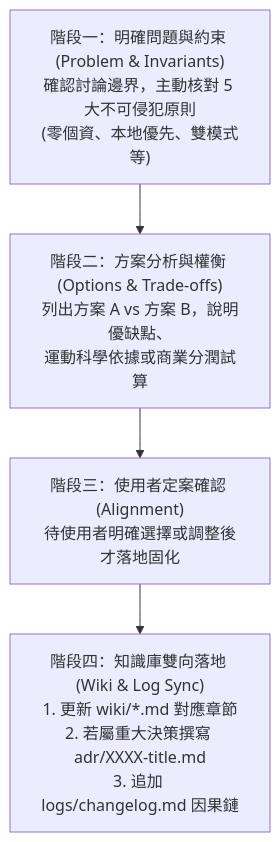
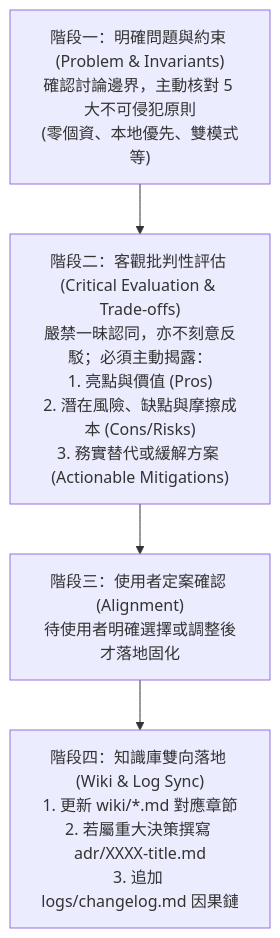
Before and after one commit to yuchienw/Fitmon: the diagram in llm-wiki/ops/collaboration_sop.md, drawn with Mermaid. The commit also changed 3 other files, not shown here.

````diff
--- a/llm-wiki/ops/collaboration_sop.md
+++ b/llm-wiki/ops/collaboration_sop.md
@@ -32,9 +32,9 @@
 ```mermaid
 flowchart TD
     Step1["階段一：明確問題與約束 (Problem & Invariants)\n確認討論邊界，主動核對 5 大不可侵犯原則\n(零個資、本地優先、雙模式等)"]
-    Step2["階段二：方案分析與權衡 (Options & Trade-offs)\n列出方案 A vs 方案 B，說明優缺點、\n運動科學依據或商業分潤試算"]
+    Step2["階段二：客觀批判性評估 (Critical Evaluation & Trade-offs)\n嚴禁一昧認同，亦不刻意反駁；必須主動揭露：\n1. 亮點與價值 (Pros)\n2. 潛在風險、缺點與摩擦成本 (Cons/Risks)\n3. 務實替代或緩解方案 (Actionable Mitigations)"]
     Step3["階段三：使用者定案確認 (Alignment)\n待使用者明確選擇或調整後才落地固化"]
     Step4["階段四：知識庫雙向落地 (Wiki & Log Sync)\n1. 更新 wiki/*.md 對應章節\n2. 若屬重大決策撰寫 adr/XXXX-title.md\n3. 追加 logs/changelog.md 因果鏈"]
 
     Step1 --> Step2 --> Step3 --> Step4
 ```
````
